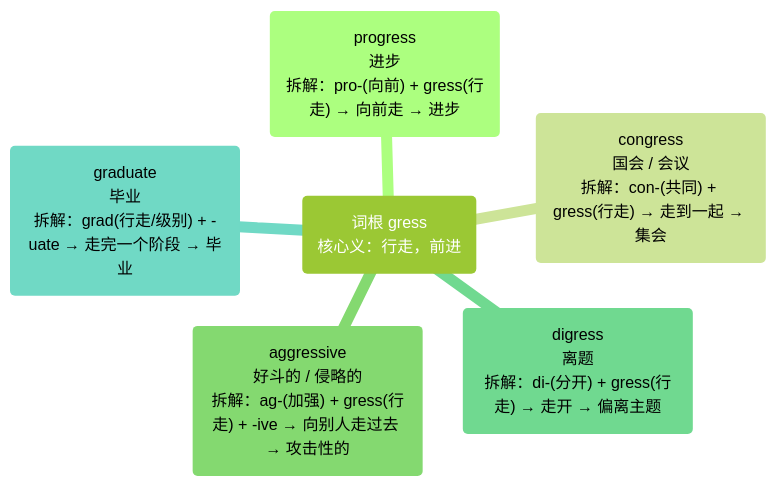
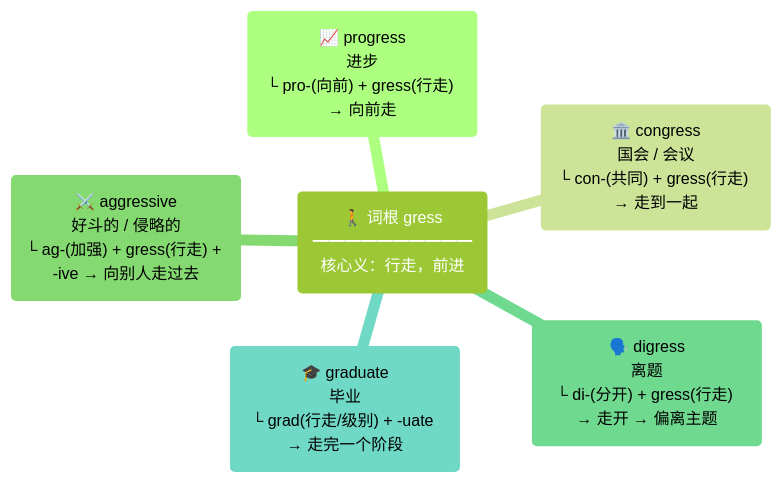
One commit to suhuide/h changed the seventh of 31 diagrams in files/other/e.md. Above: the diagram before and after it, drawn with Mermaid (forest theme). The commit also changed other lines of this file, not shown here.

````diff
--- a/files/other/e.md
+++ b/files/other/e.md
@@ -71,9 +71,9 @@
 ```mermaid
 mindmap
-  root("词根 gress<br>核心义：行走，前进")
-    progress("progress<br>进步<br>拆解：pro-(向前) + gress(行走) → 向前走 → 进步")
-    congress("congress<br>国会 / 会议<br>拆解：con-(共同) + gress(行走) → 走到一起 → 集会")
-    aggressive("aggressive<br>好斗的 / 侵略的<br>拆解：ag-(加强) + gress(行走) + -ive → 向别人走过去 → 攻击性的")
-    digress("digress<br>离题<br>拆解：di-(分开) + gress(行走) → 走开 → 偏离主题")
-    graduate("graduate<br>毕业<br>拆解：grad(行走/级别) + -uate → 走完一个阶段 → 毕业")
+  root("🚶 词根 gress<br>━━━━━━━━━━<br>核心义：行走，前进")
+    progress("📈 progress<br>进步<br>└ pro-(向前) + gress(行走) → 向前走")
+    congress("🏛️ congress<br>国会 / 会议<br>└ con-(共同) + gress(行走) → 走到一起")
+    aggressive("⚔️ aggressive<br>好斗的 / 侵略的<br>└ ag-(加强) + gress(行走) + -ive → 向别人走过去")
+    digress("🗣️ digress<br>离题<br>└ di-(分开) + gress(行走) → 走开 → 偏离主题")
+    graduate("🎓 graduate<br>毕业<br>└ grad(行走/级别) + -uate → 走完一个阶段")
 ```
````
